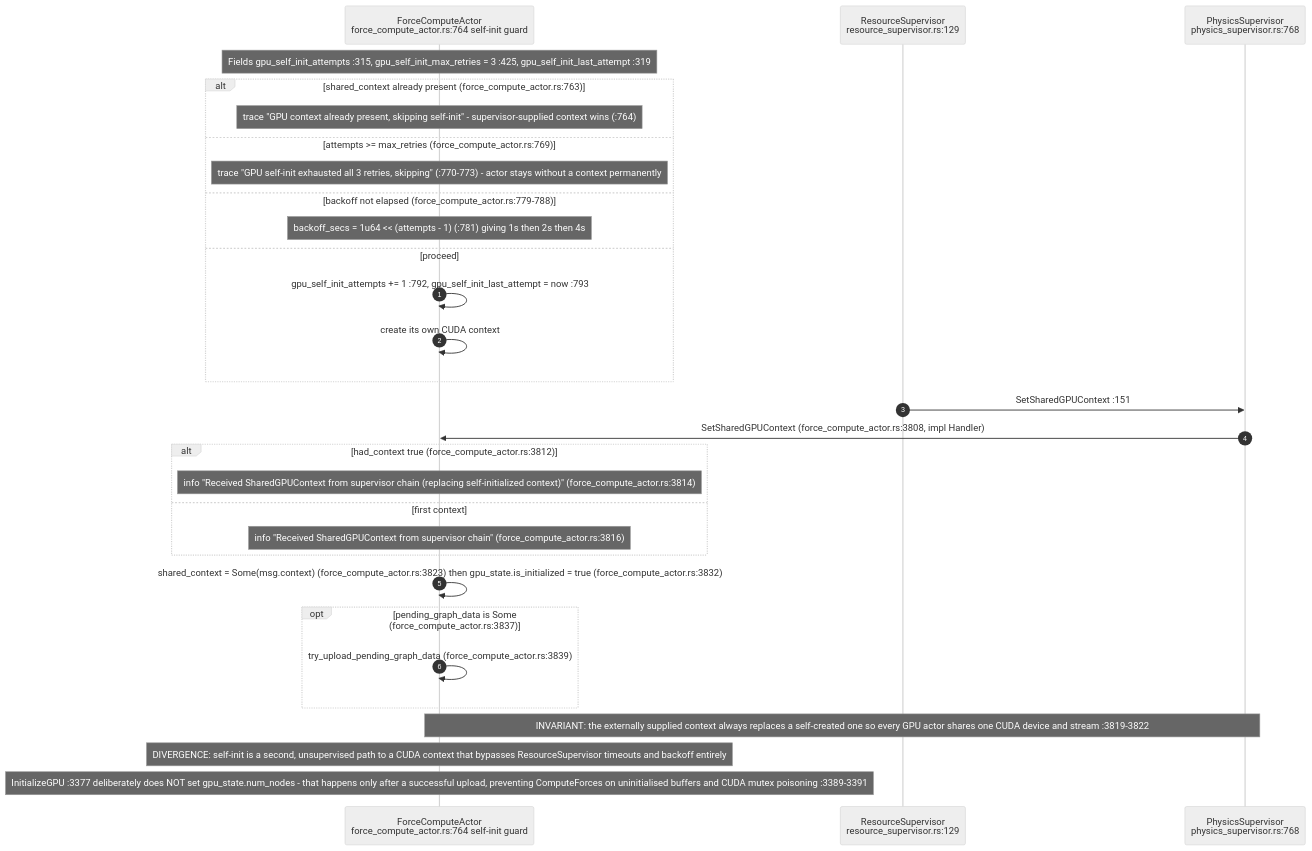
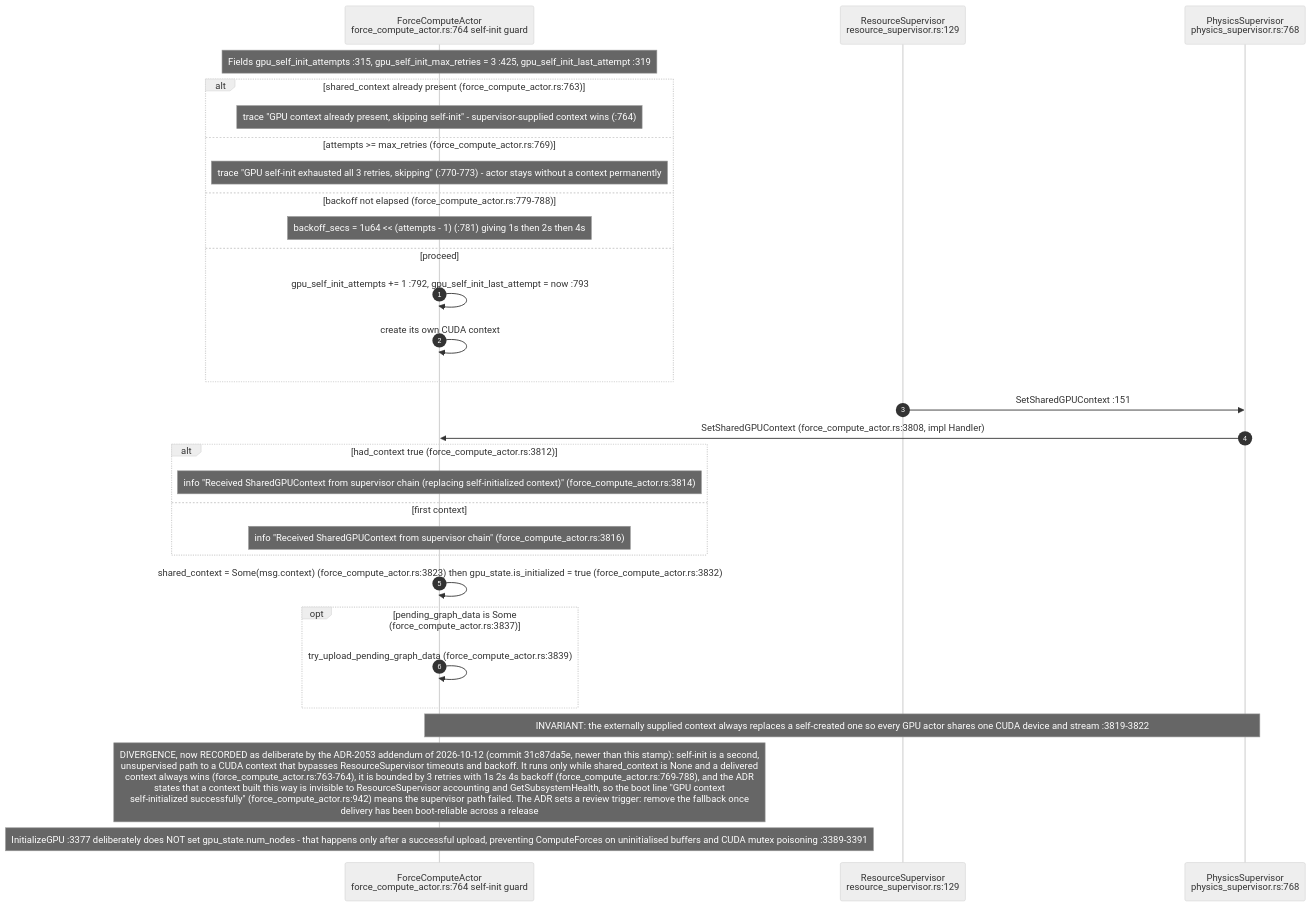
Before and after one commit to DreamLab-AI/VisionFlow: the sixth of 7 diagrams in docs/diagrams/visionclaw/10-gpu-supervision-and-context-bus.md, drawn with Mermaid (neutral theme). The commit also changed other lines of this file and 20 other files, not shown here.

Commit message:
docs(diagrams): reflect the S-3, S-7c/d/f and S-4(3) fixes in the corpus

````diff
--- a/docs/diagrams/visionclaw/10-gpu-supervision-and-context-bus.md
+++ b/docs/diagrams/visionclaw/10-gpu-supervision-and-context-bus.md
@@ -236,33 +237,33 @@
 ```mermaid
 sequenceDiagram
     autonumber
     participant FCA as ForceComputeActor<br/>force_compute_actor.rs:764 self-init guard
     participant RS as ResourceSupervisor<br/>resource_supervisor.rs:129
     participant PS as PhysicsSupervisor<br/>physics_supervisor.rs:768
 
     Note over FCA: Fields gpu_self_init_attempts :315, gpu_self_init_max_retries = 3 :425, gpu_self_init_last_attempt :319
     alt shared_context already present (force_compute_actor.rs:763)
         Note over FCA: trace "GPU context already present, skipping self-init" - supervisor-supplied context wins (:764)
     else attempts >= max_retries (force_compute_actor.rs:769)
         Note over FCA: trace "GPU self-init exhausted all 3 retries, skipping" (:770-773) - actor stays without a context permanently
     else backoff not elapsed (force_compute_actor.rs:779-788)
         Note over FCA: backoff_secs = 1u64 << (attempts - 1) (:781) giving 1s then 2s then 4s
     else proceed
         FCA->>FCA: gpu_self_init_attempts += 1 :792, gpu_self_init_last_attempt = now :793
         FCA->>FCA: create its own CUDA context
     end
     RS->>PS: SetSharedGPUContext :151
     PS->>FCA: SetSharedGPUContext (force_compute_actor.rs:3808, impl Handler)
     alt had_context true (force_compute_actor.rs:3812)
         Note over FCA: info "Received SharedGPUContext from supervisor chain (replacing self-initialized context)" (force_compute_actor.rs:3814)
     else first context
         Note over FCA: info "Received SharedGPUContext from supervisor chain" (force_compute_actor.rs:3816)
     end
     FCA->>FCA: shared_context = Some(msg.context) (force_compute_actor.rs:3823) then gpu_state.is_initialized = true (force_compute_actor.rs:3832)
     opt pending_graph_data is Some (force_compute_actor.rs:3837)
         FCA->>FCA: try_upload_pending_graph_data (force_compute_actor.rs:3839)
     end
     Note over FCA,PS: INVARIANT: the externally supplied context always replaces a self-created one so every GPU actor shares one CUDA device and stream :3819-3822
-    Note over FCA: DIVERGENCE: self-init is a second, unsupervised path to a CUDA context that bypasses ResourceSupervisor timeouts and backoff entirely
+    Note over FCA: DIVERGENCE, now RECORDED as deliberate by the ADR-2053 addendum of 2026-10-12 (commit 31c87da5e, newer than this stamp): self-init is a second,<br/>unsupervised path to a CUDA context that bypasses ResourceSupervisor timeouts and backoff. It runs only while shared_context is None and a delivered<br/>context always wins (force_compute_actor.rs:763-764), it is bounded by 3 retries with 1s 2s 4s backoff (force_compute_actor.rs:769-788), and the ADR<br/>states that a context built this way is invisible to ResourceSupervisor accounting and GetSubsystemHealth, so the boot line "GPU context<br/>self-initialized successfully" (force_compute_actor.rs:942) means the supervisor path failed. The ADR sets a review trigger: remove the fallback once<br/>delivery has been boot-reliable across a release
     Note over FCA: InitializeGPU :3377 deliberately does NOT set gpu_state.num_nodes - that happens only after a successful upload, preventing ComputeForces on uninitialised buffers and CUDA mutex poisoning :3389-3391
 ```
````
